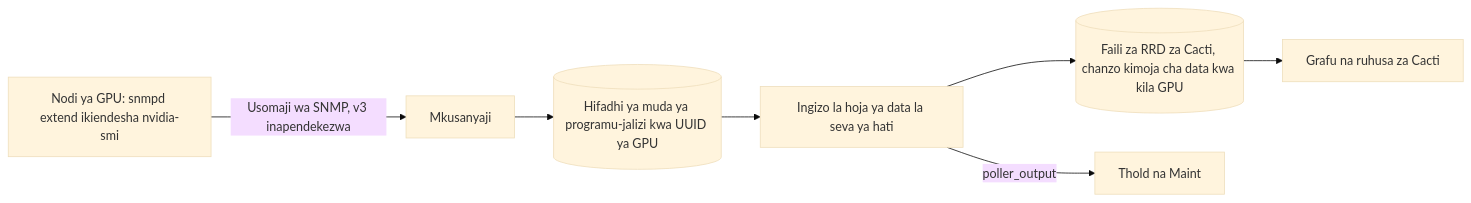
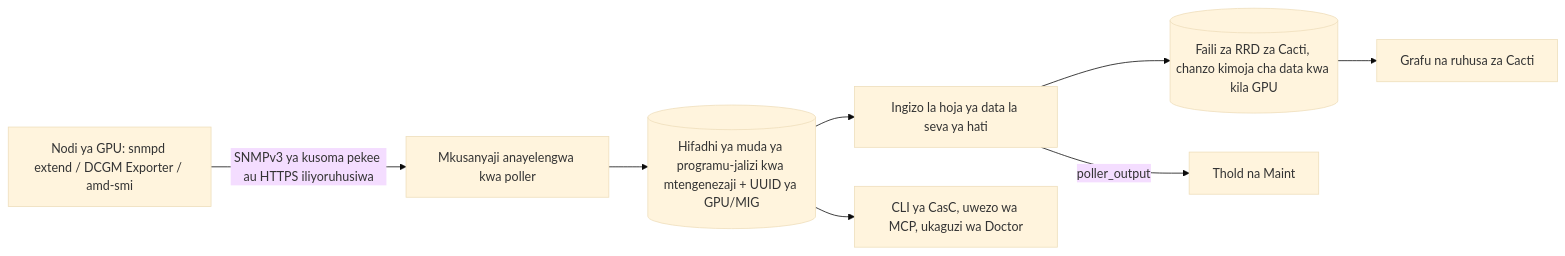
Before and after one commit to somethingwithproof/plugin_gpu: the diagram in docs/i18n/sw-KE/README.md, drawn with Mermaid (base theme). The commit also changed other lines of this file and 47 other files, not shown here.

````diff
--- a/docs/i18n/sw-KE/README.md
+++ b/docs/i18n/sw-KE/README.md
@@ -114,9 +114,10 @@
 ```mermaid
 flowchart LR
-    NODE["Nodi ya GPU: snmpd extend ikiendesha nvidia-smi"] -->|Usomaji wa SNMP, v3 inapendekezwa| C[Mkusanyaji]
-    C --> CACHE[(Hifadhi ya muda ya programu-jalizi kwa UUID ya GPU)]
-    CACHE --> SS[Ingizo la hoja ya data la seva ya hati]
-    SS --> RRD[(Faili za RRD za Cacti, chanzo kimoja cha data kwa kila GPU)]
-    SS -->|poller_output| T[Thold na Maint]
-    RRD --> G[Grafu na ruhusa za Cacti]
+    NODE["Nodi ya GPU: snmpd extend / DCGM Exporter / amd-smi"] -->|SNMPv3 ya kusoma pekee au HTTPS iliyoruhusiwa| C["Mkusanyaji anayelengwa kwa poller"]
+    C --> CACHE[("Hifadhi ya muda ya programu-jalizi kwa mtengenezaji + UUID ya GPU/MIG")]
+    CACHE --> SS["Ingizo la hoja ya data la seva ya hati"]
+    CACHE --> ECO["CLI ya CasC, uwezo wa MCP, ukaguzi wa Doctor"]
+    SS --> RRD[("Faili za RRD za Cacti, chanzo kimoja cha data kwa kila GPU")]
+    SS -->|poller_output| T["Thold na Maint"]
+    RRD --> G["Grafu na ruhusa za Cacti"]
 ```
````
